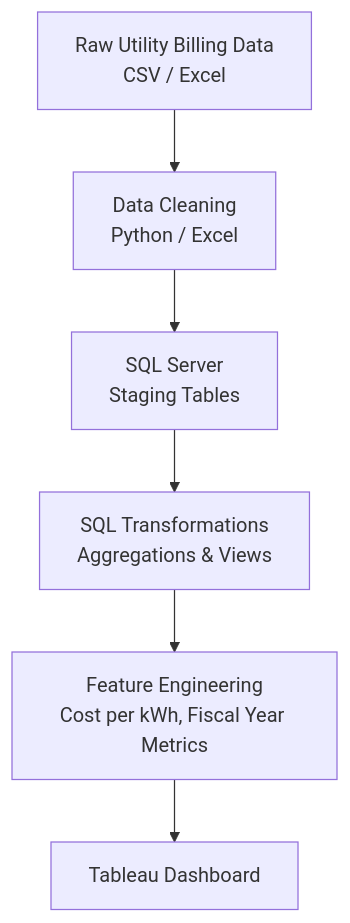
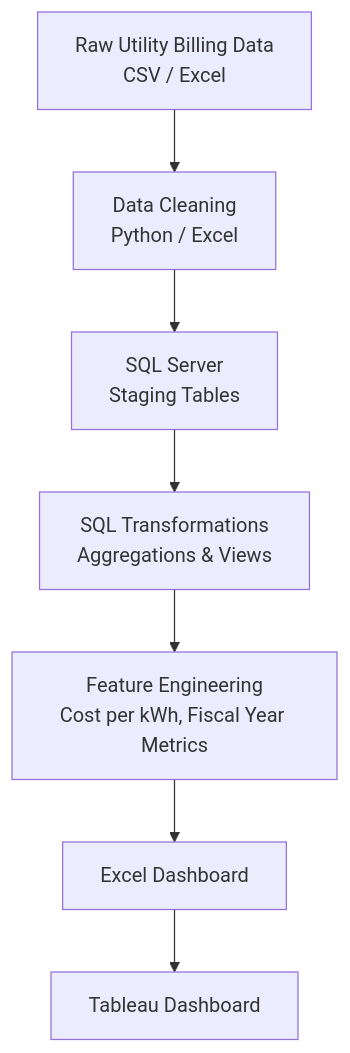
Before and after one commit to terziceh/vcu-utilities-energy-dashboard: the diagram in README.md, drawn with Mermaid.

````diff
--- a/README.md
+++ b/README.md
@@ -34,8 +34,9 @@
 ```mermaid
 flowchart TD
     A[Raw Utility Billing Data<br>CSV / Excel] --> B[Data Cleaning<br>Python / Excel]
     B --> C[SQL Server<br>Staging Tables]
     C --> D[SQL Transformations<br>Aggregations & Views]
     D --> E[Feature Engineering<br>Cost per kWh, Fiscal Year Metrics]
-    E --> F[Tableau Dashboard]
+    E --> F[Excel Dashboard]
+    F --> G[Tableau Dashboard]
 ```
````
